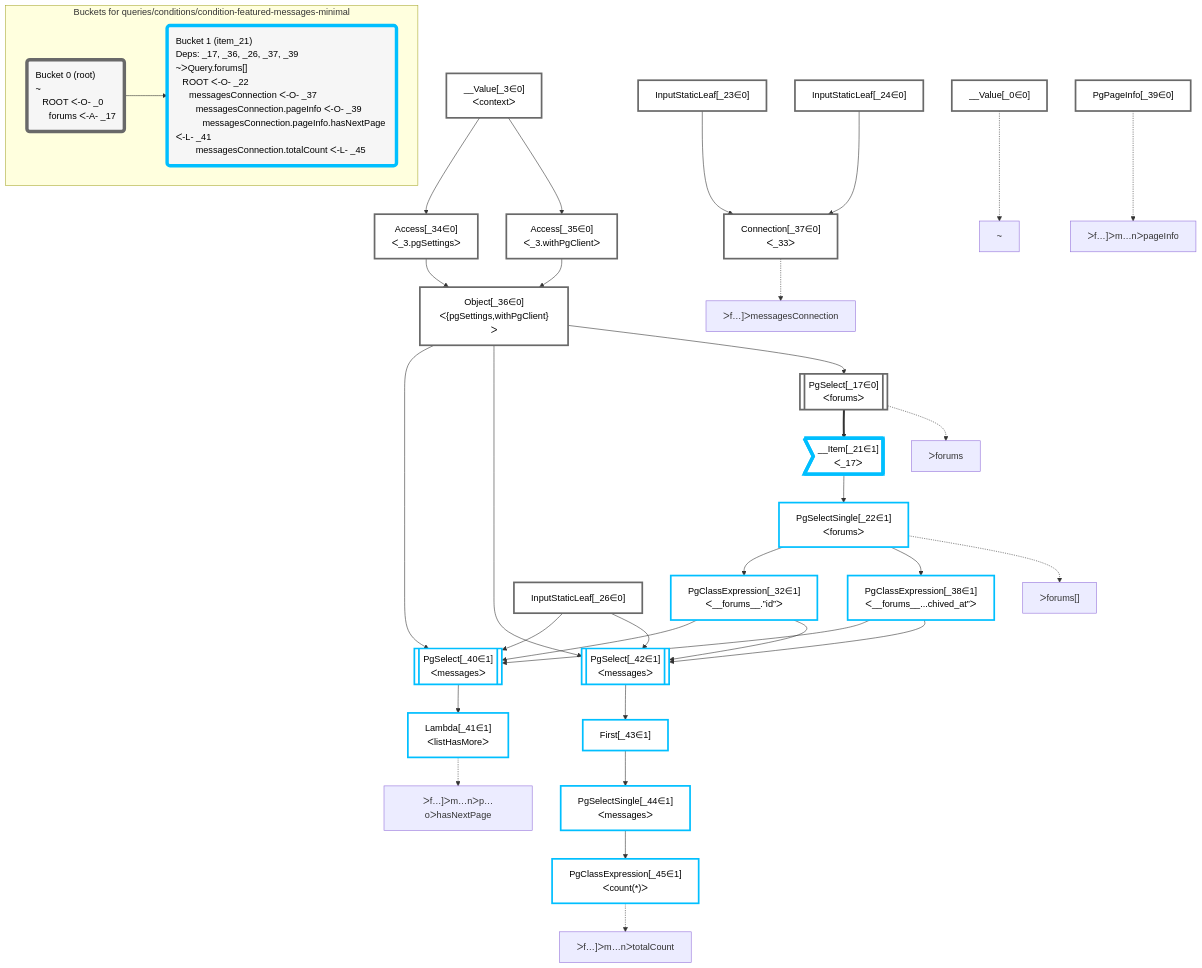
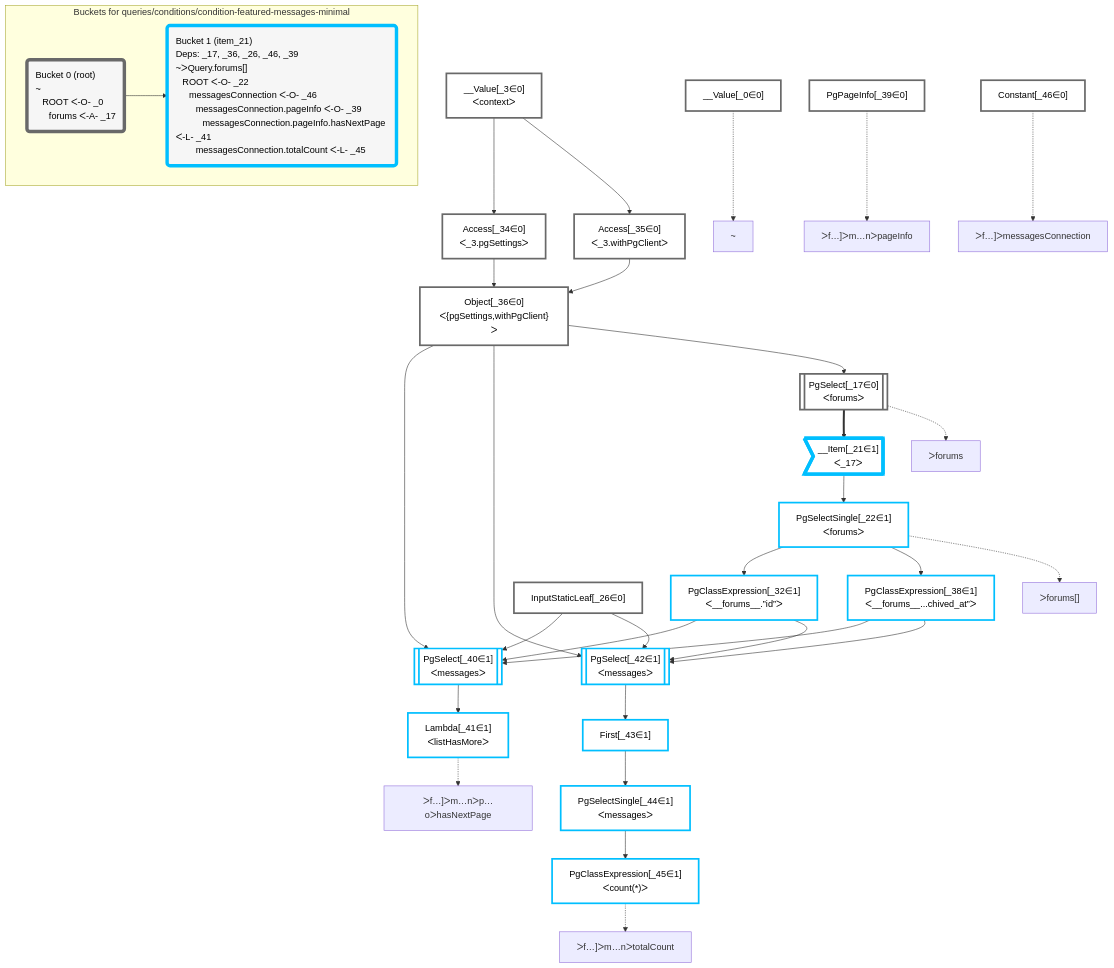
One commit to graphile/crystal changed the diagram in packages/dataplan-pg/__tests__/queries/conditions/condition-featured-messages-minimal.deopt.mermaid.md. Above: the diagram before and after it, drawn with Mermaid. The commit also changed 57 other files, not shown here.

````diff
--- a/packages/dataplan-pg/__tests__/queries/conditions/condition-featured-messages-minimal.deopt.mermaid.md
+++ b/packages/dataplan-pg/__tests__/queries/conditions/condition-featured-messages-minimal.deopt.mermaid.md
@@ -1,75 +1,72 @@
 ```mermaid
 graph TD
     classDef path fill:#eee,stroke:#000,color:#000
     classDef plan fill:#fff,stroke-width:3px,color:#000
     classDef itemplan fill:#fff,stroke-width:6px,color:#000
     classDef sideeffectplan fill:#f00,stroke-width:6px,color:#000
     classDef bucket fill:#f6f6f6,color:#000,stroke-width:6px,text-align:left
 
 
     %% define plans
     __Value_0["__Value[_0∈0]"]:::plan
     Lambda_41["Lambda[_41∈1]<br />ᐸlistHasMoreᐳ"]:::plan
     PgSelect_40[["PgSelect[_40∈1]<br />ᐸmessagesᐳ"]]:::plan
     PgClassExpression_45["PgClassExpression[_45∈1]<br />ᐸcount(*)ᐳ"]:::plan
     PgSelectSingle_44["PgSelectSingle[_44∈1]<br />ᐸmessagesᐳ"]:::plan
     First_43["First[_43∈1]"]:::plan
     PgSelect_42[["PgSelect[_42∈1]<br />ᐸmessagesᐳ"]]:::plan
     PgClassExpression_32["PgClassExpression[_32∈1]<br />ᐸ__forums__.”id”ᐳ"]:::plan
     PgClassExpression_38["PgClassExpression[_38∈1]<br />ᐸ__forums__...chived_at”ᐳ"]:::plan
     PgSelectSingle_22["PgSelectSingle[_22∈1]<br />ᐸforumsᐳ"]:::plan
     __Item_21>"__Item[_21∈1]<br />ᐸ_17ᐳ"]:::itemplan
     PgSelect_17[["PgSelect[_17∈0]<br />ᐸforumsᐳ"]]:::plan
     Object_36["Object[_36∈0]<br />ᐸ{pgSettings,withPgClient}ᐳ"]:::plan
     Access_34["Access[_34∈0]<br />ᐸ_3.pgSettingsᐳ"]:::plan
     Access_35["Access[_35∈0]<br />ᐸ_3.withPgClientᐳ"]:::plan
     __Value_3["__Value[_3∈0]<br />ᐸcontextᐳ"]:::plan
-    Connection_37["Connection[_37∈0]<br />ᐸ_33ᐳ"]:::plan
-    InputStaticLeaf_23["InputStaticLeaf[_23∈0]"]:::plan
-    InputStaticLeaf_24["InputStaticLeaf[_24∈0]"]:::plan
     InputStaticLeaf_26["InputStaticLeaf[_26∈0]"]:::plan
+    Constant_46["Constant[_46∈0]"]:::plan
     PgPageInfo_39["PgPageInfo[_39∈0]"]:::plan
 
     %% plan dependencies
     PgSelect_40 --> Lambda_41
     Object_36 & PgClassExpression_32 & InputStaticLeaf_26 & PgClassExpression_38 --> PgSelect_40
     PgSelectSingle_44 --> PgClassExpression_45
     First_43 --> PgSelectSingle_44
     PgSelect_42 --> First_43
     Object_36 & PgClassExpression_32 & InputStaticLeaf_26 & PgClassExpression_38 --> PgSelect_42
     PgSelectSingle_22 --> PgClassExpression_32
     PgSelectSingle_22 --> PgClassExpression_38
     __Item_21 --> PgSelectSingle_22
     PgSelect_17 ==> __Item_21
     Object_36 --> PgSelect_17
     Access_34 & Access_35 --> Object_36
     __Value_3 --> Access_34
     __Value_3 --> Access_35
-    InputStaticLeaf_23 & InputStaticLeaf_24 --> Connection_37
 
     %% plan-to-path relationships
     P_0["~"]
     __Value_0 -.-> P_0
     P_17["ᐳforums"]
     PgSelect_17 -.-> P_17
     P_22["ᐳforums[]"]
     PgSelectSingle_22 -.-> P_22
-    P_37["ᐳf…]ᐳmessagesConnection"]
-    Connection_37 -.-> P_37
     P_39["ᐳf…]ᐳm…nᐳpageInfo"]
     PgPageInfo_39 -.-> P_39
     P_41["ᐳf…]ᐳm…nᐳp…oᐳhasNextPage"]
     Lambda_41 -.-> P_41
     P_45["ᐳf…]ᐳm…nᐳtotalCount"]
     PgClassExpression_45 -.-> P_45
+    P_46["ᐳf…]ᐳmessagesConnection"]
+    Constant_46 -.-> P_46
 
     subgraph "Buckets for queries/conditions/condition-featured-messages-minimal"
     Bucket0("Bucket 0 (root)<br />~<br />⠀ROOT ᐸ-O- _0<br />⠀⠀forums ᐸ-A- _17"):::bucket
     classDef bucket0 stroke:#696969
-    class Bucket0,__Value_0,__Value_3,PgSelect_17,InputStaticLeaf_23,InputStaticLeaf_24,InputStaticLeaf_26,Access_34,Access_35,Object_36,Connection_37,PgPageInfo_39 bucket0
-    Bucket1("Bucket 1 (item_21)<br />Deps: _17, _36, _26, _37, _39<br />~ᐳQuery.forums[]<br />⠀ROOT ᐸ-O- _22<br />⠀⠀messagesConnection ᐸ-O- _37<br />⠀⠀⠀messagesConnection.pageInfo ᐸ-O- _39<br />⠀⠀⠀⠀messagesConnection.pageInfo.hasNextPage ᐸ-L- _41<br />⠀⠀⠀messagesConnection.totalCount ᐸ-L- _45"):::bucket
+    class Bucket0,__Value_0,__Value_3,PgSelect_17,InputStaticLeaf_26,Access_34,Access_35,Object_36,PgPageInfo_39,Constant_46 bucket0
+    Bucket1("Bucket 1 (item_21)<br />Deps: _17, _36, _26, _46, _39<br />~ᐳQuery.forums[]<br />⠀ROOT ᐸ-O- _22<br />⠀⠀messagesConnection ᐸ-O- _46<br />⠀⠀⠀messagesConnection.pageInfo ᐸ-O- _39<br />⠀⠀⠀⠀messagesConnection.pageInfo.hasNextPage ᐸ-L- _41<br />⠀⠀⠀messagesConnection.totalCount ᐸ-L- _45"):::bucket
     classDef bucket1 stroke:#00bfff
     class Bucket1,__Item_21,PgSelectSingle_22,PgClassExpression_32,PgClassExpression_38,PgSelect_40,Lambda_41,PgSelect_42,First_43,PgSelectSingle_44,PgClassExpression_45 bucket1
     Bucket0 --> Bucket1
     end
 ```
````
